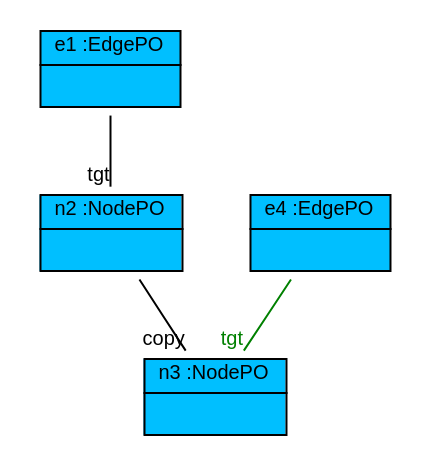
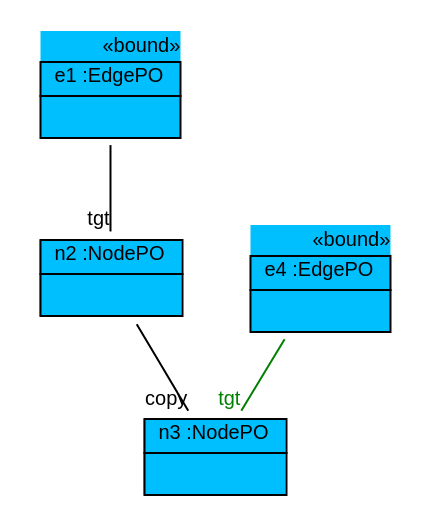
One commit to fujaba/SDMLib changed the diagram in doc/TTC2011SimpleMigrationPatternDiagram20.dot. Above: the diagram before and after it, drawn with Graphviz. The commit also changed 27 other files, not shown here.

```diff
--- a/doc/TTC2011SimpleMigrationPatternDiagram20.dot
+++ b/doc/TTC2011SimpleMigrationPatternDiagram20.dot
@@ -1,13 +1,13 @@
 graph ObjectDiagram {
    node [shape = none, fontsize = 10, fontname = "Arial"];
    edge [fontsize = 10, fontname = "Arial"];
 
-e1 [label=<<table border='0' cellborder='1' cellspacing='0' color='black' bgcolor='deepskyblue'>  <tr> <td align='center'> <font color='black'> e1 :EdgePO </font></td></tr> <tr> <td align='left'> <table border='0' cellborder='0' cellspacing='0' color='black'> <tr> <td>  </td></tr></table></td></tr></table>>];
+e1 [label=<<table border='0' cellborder='1' cellspacing='0' color='black' bgcolor='deepskyblue'> <tr> <td border='0' align='right'><font color='black'>&#171;bound&#187;</font></td></tr> <tr> <td align='center'> <font color='black'> e1 :EdgePO </font></td></tr> <tr> <td align='left'> <table border='0' cellborder='0' cellspacing='0' color='black'> <tr> <td>  </td></tr></table></td></tr></table>>];
 n2 [label=<<table border='0' cellborder='1' cellspacing='0' color='black' bgcolor='deepskyblue'>  <tr> <td align='center'> <font color='black'> n2 :NodePO </font></td></tr> <tr> <td align='left'> <table border='0' cellborder='0' cellspacing='0' color='black'> <tr> <td>  </td></tr></table></td></tr></table>>];
 n3 [label=<<table border='0' cellborder='1' cellspacing='0' color='black' bgcolor='deepskyblue'>  <tr> <td align='center'> <font color='black'> n3 :NodePO </font></td></tr> <tr> <td align='left'> <table border='0' cellborder='0' cellspacing='0' color='black'> <tr> <td>  </td></tr></table></td></tr></table>>];
-e4 [label=<<table border='0' cellborder='1' cellspacing='0' color='black' bgcolor='deepskyblue'>  <tr> <td align='center'> <font color='black'> e4 :EdgePO </font></td></tr> <tr> <td align='left'> <table border='0' cellborder='0' cellspacing='0' color='black'> <tr> <td>  </td></tr></table></td></tr></table>>];
+e4 [label=<<table border='0' cellborder='1' cellspacing='0' color='black' bgcolor='deepskyblue'> <tr> <td border='0' align='right'><font color='black'>&#171;bound&#187;</font></td></tr> <tr> <td align='center'> <font color='black'> e4 :EdgePO </font></td></tr> <tr> <td align='left'> <table border='0' cellborder='0' cellspacing='0' color='black'> <tr> <td>  </td></tr></table></td></tr></table>>];
 
 e1 -- n2 [headlabel = "tgt" taillabel = "" color="black" fontcolor="black"];
 n2 -- n3 [headlabel = "copy" taillabel = "" color="black" fontcolor="black"];
 e4 -- n3 [headlabel = "tgt" taillabel = "" color="green" fontcolor="green"];
 }
```
